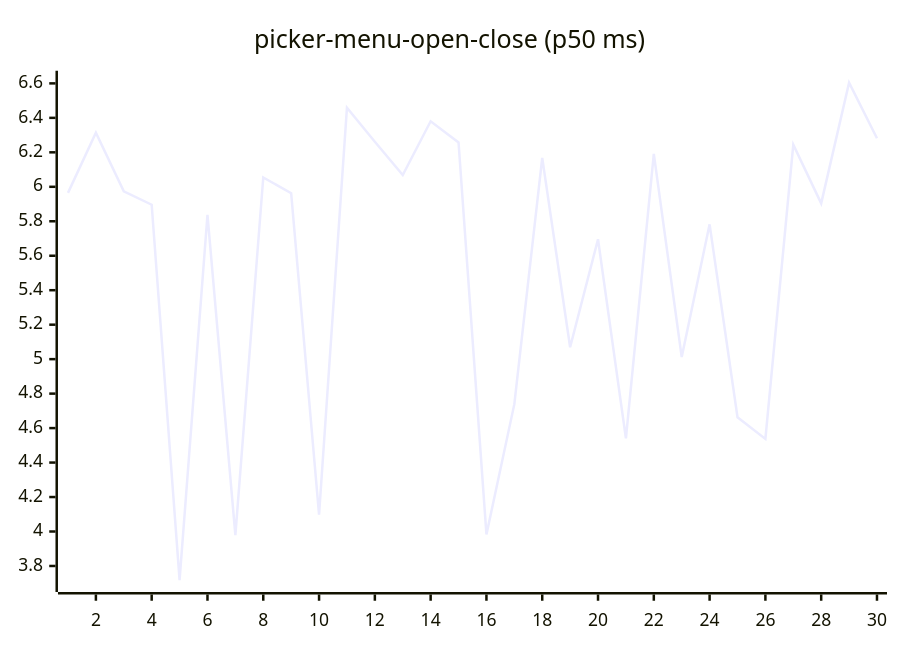
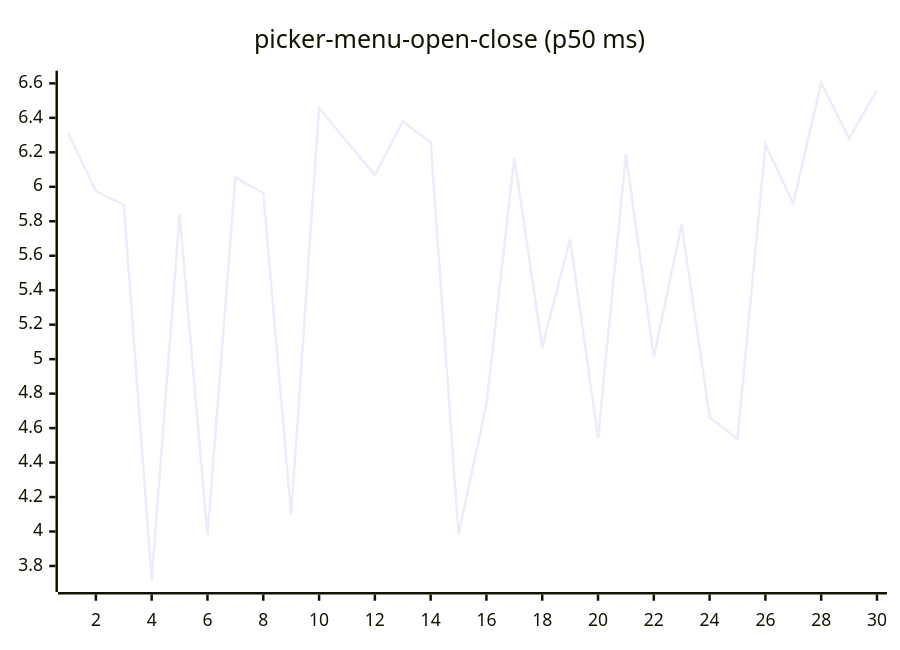
One commit to josha/Facet changed diagram 16 of 27 in README.md. Above: the diagram before and after it, drawn with Mermaid. The commit also changed other lines of this file and 2 other files, not shown here.

````diff
--- a/README.md
+++ b/README.md
@@ -168,6 +168,6 @@
 ```mermaid
 xychart-beta
     title "picker-menu-open-close (p50 ms)"
     x-axis 1 --> 30
-    line [5.9646, 6.3137, 5.9733, 5.8960, 3.7179, 5.8378, 3.9788, 6.0543, 5.9629, 4.0972, 6.4594, 6.2618, 6.0678, 6.3801, 6.2569, 3.9826, 4.7388, 6.1676, 5.0690, 5.6954, 4.5402, 6.1912, 5.0120, 5.7822, 4.6627, 4.5372, 6.2442, 5.9038, 6.6044, 6.2815]
+    line [6.3137, 5.9733, 5.8960, 3.7179, 5.8378, 3.9788, 6.0543, 5.9629, 4.0972, 6.4594, 6.2618, 6.0678, 6.3801, 6.2569, 3.9826, 4.7388, 6.1676, 5.0690, 5.6954, 4.5402, 6.1912, 5.0120, 5.7822, 4.6627, 4.5372, 6.2442, 5.9038, 6.6044, 6.2815, 6.5623]
 ```
````
